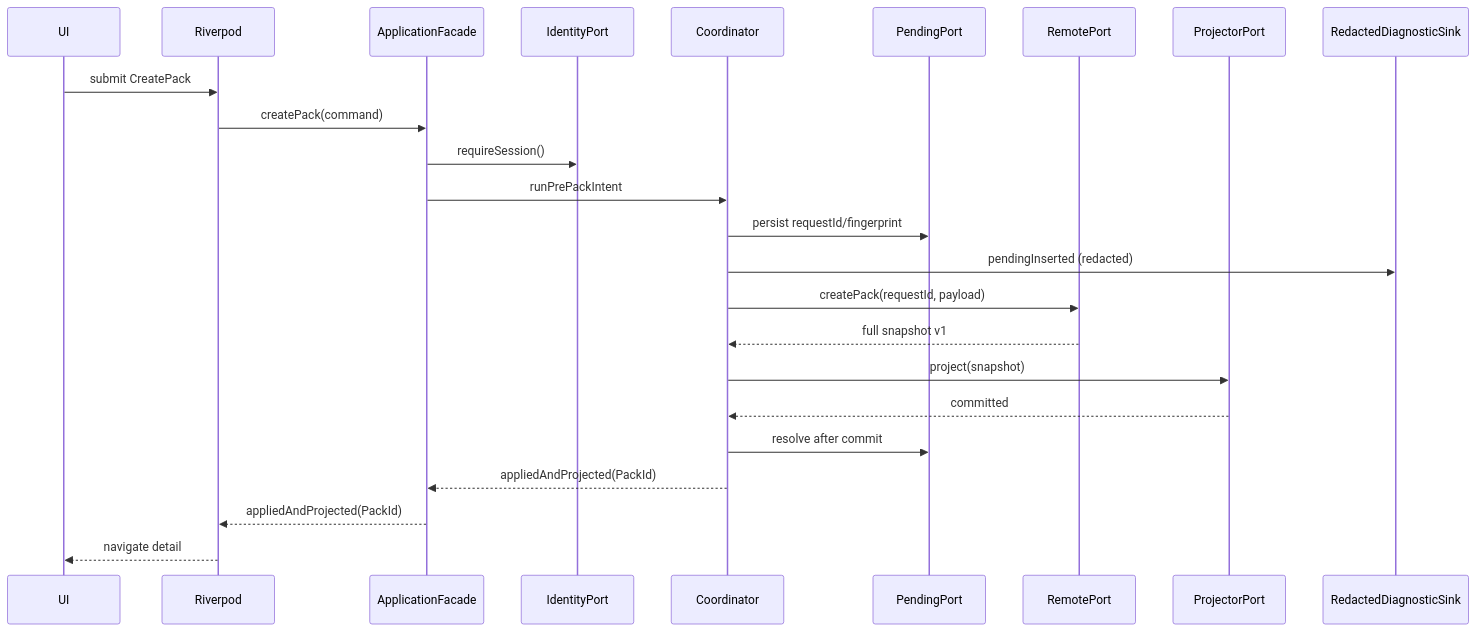
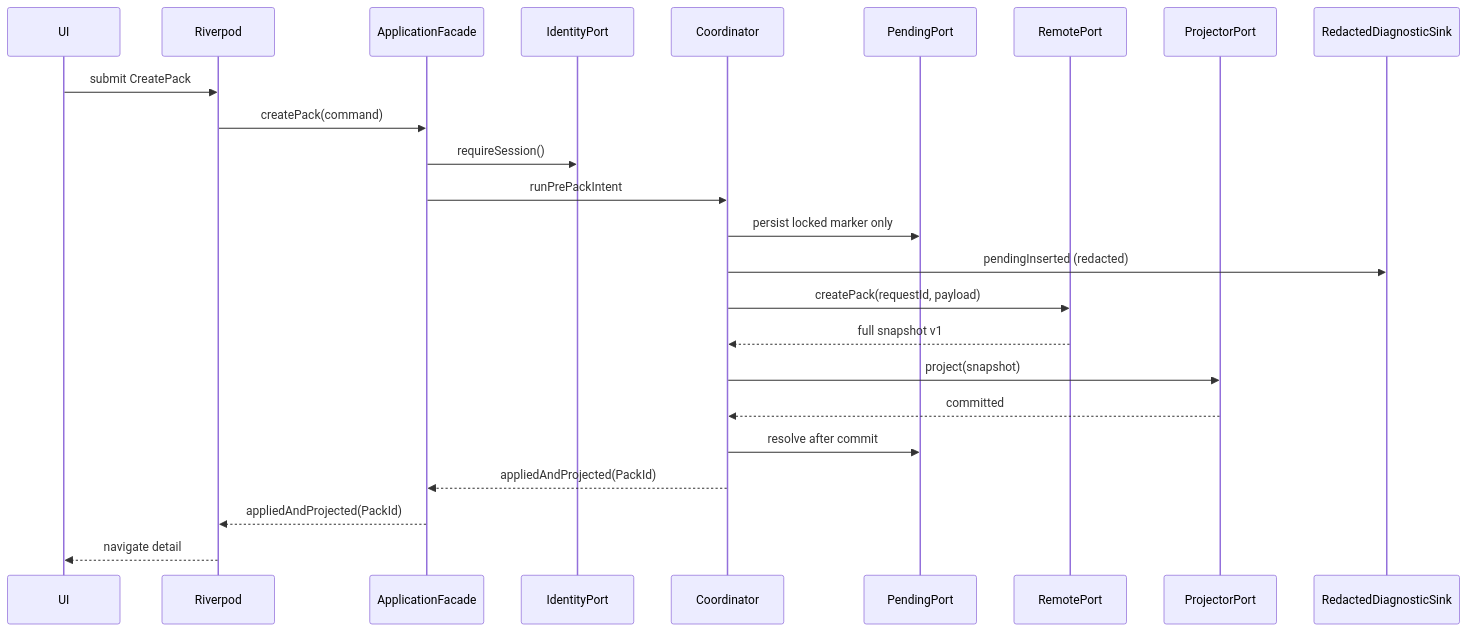
One commit to happybanxlala/reminder_app changed the second of 12 diagrams in docs/core/14_shared_pack_application_ui_test_contract_v1.md. Above: the diagram before and after it, drawn with Mermaid. The commit also changed other lines of this file, not shown here.

````diff
--- a/docs/core/14_shared_pack_application_ui_test_contract_v1.md
+++ b/docs/core/14_shared_pack_application_ui_test_contract_v1.md
@@ -955,26 +976,26 @@
 ```mermaid
 sequenceDiagram
   participant UI
   participant RP as Riverpod
   participant APP as ApplicationFacade
   participant ID as IdentityPort
   participant COORD as Coordinator
   participant PEND as PendingPort
   participant REM as RemotePort
   participant PROJ as ProjectorPort
   participant DIAG as RedactedDiagnosticSink
   UI->>RP: submit CreatePack
   RP->>APP: createPack(command)
   APP->>ID: requireSession()
   APP->>COORD: runPrePackIntent
-  COORD->>PEND: persist requestId/fingerprint
+  COORD->>PEND: persist locked marker only
   COORD->>DIAG: pendingInserted (redacted)
   COORD->>REM: createPack(requestId, payload)
   REM-->>COORD: full snapshot v1
   COORD->>PROJ: project(snapshot)
   PROJ-->>COORD: committed
   COORD->>PEND: resolve after commit
   COORD-->>APP: appliedAndProjected(PackId)
   APP-->>RP: appliedAndProjected(PackId)
   RP-->>UI: navigate detail
 ```
````
